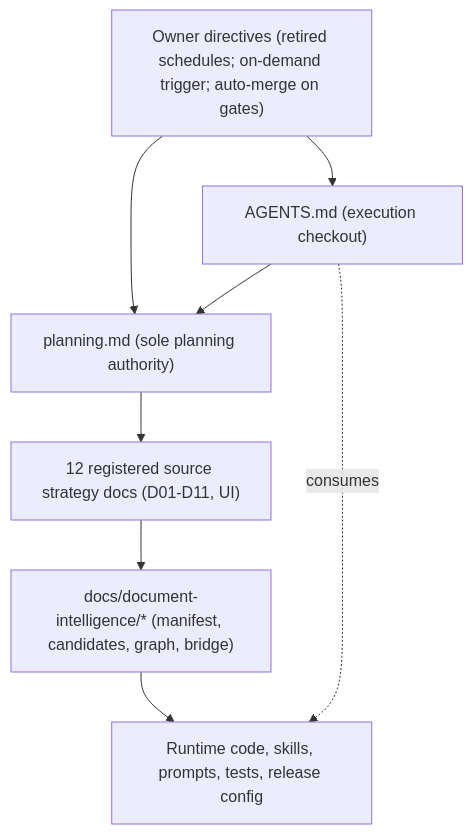
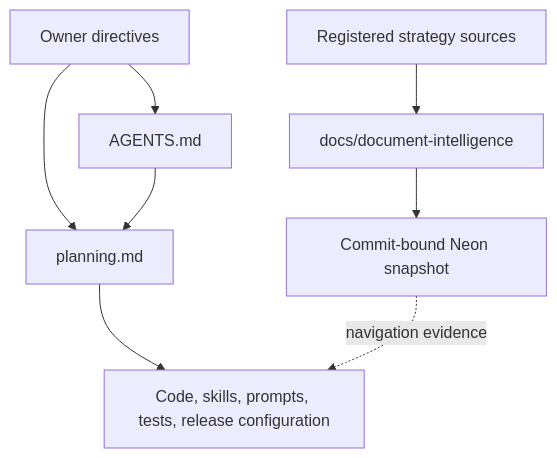
The diagram in build-pack/authority-alignment/plan-01/authority_map.md (michaelchamboko/VettedSaaSBlueprint), drawn with Mermaid before and after one commit. The commit also changed other lines of this file and 121 other files, not shown here.

Commit message:
Replace repository intelligence with Neon

````diff
--- a/build-pack/authority-alignment/plan-01/authority_map.md
+++ b/build-pack/authority-alignment/plan-01/authority_map.md
@@ -52,16 +28,10 @@
 ```mermaid
 flowchart TD
-  Owner["Owner directives (retired schedules; on-demand trigger; auto-merge on gates)"]
-  AGENTS["AGENTS.md (execution checkout)"]
-  Planning["planning.md (sole planning authority)"]
-  Sources["12 registered source strategy docs (D01-D11, UI)"]
-  Intel["docs/document-intelligence/* (manifest, candidates, graph, bridge)"]
-  Runtime["Runtime code, skills, prompts, tests, release config"]
-  Owner --> AGENTS
-  Owner --> Planning
-  AGENTS --> Planning
-  Planning --> Sources
-  Sources --> Intel
-  Intel --> Runtime
-  AGENTS -. "consumes" .-> Runtime
+  Owner[Owner directives] --> Agents[AGENTS.md]
+  Owner --> Planning[planning.md]
+  Agents --> Planning
+  Sources[Registered strategy sources] --> Semantic[docs/document-intelligence]
+  Planning --> Runtime[Code, skills, prompts, tests, release configuration]
+  Semantic --> Snapshot[Commit-bound Neon snapshot]
+  Snapshot -. navigation evidence .-> Runtime
 ```
````
